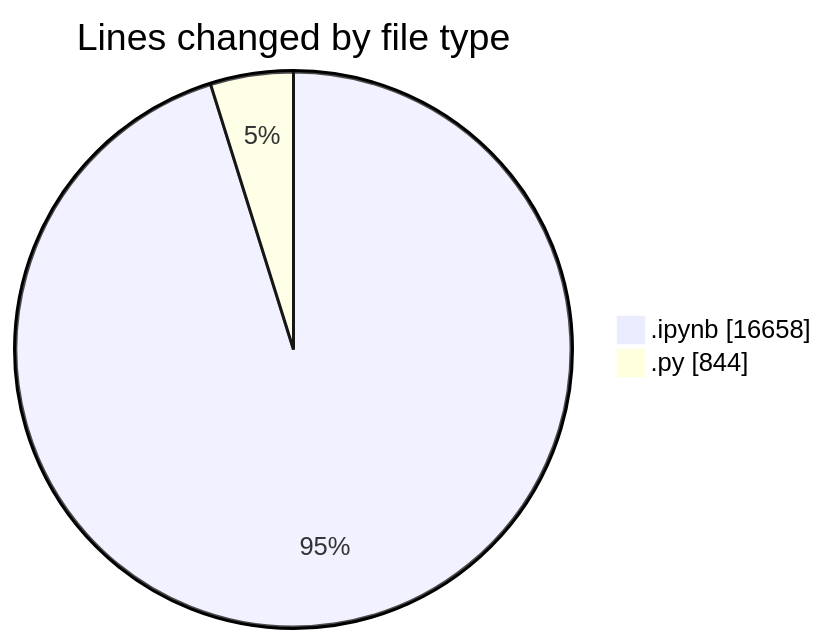
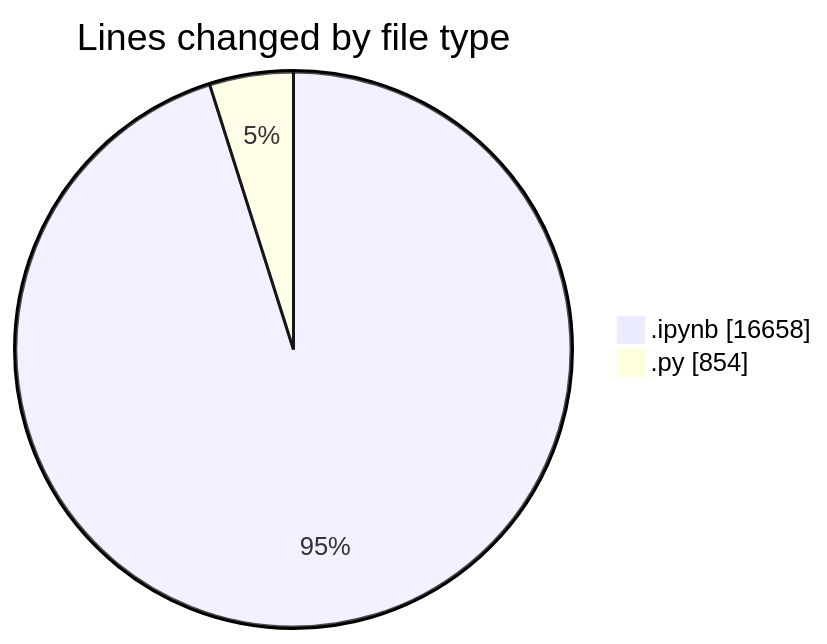
Before and after one commit to MatusMokan/code-tracking: the first of 2 diagrams in 2025-03-20/myws__workspace_/README.md, drawn with Mermaid. The commit also changed other lines of this file and 1 other file, not shown here.

````diff
--- a/2025-03-20/myws__workspace_/README.md
+++ b/2025-03-20/myws__workspace_/README.md
@@ -21,6 +21,6 @@
 ```mermaid
 pie showData
 title Lines changed by file type
 ".ipynb" : 16658
-".py" : 844
+".py" : 854
 ```
````
